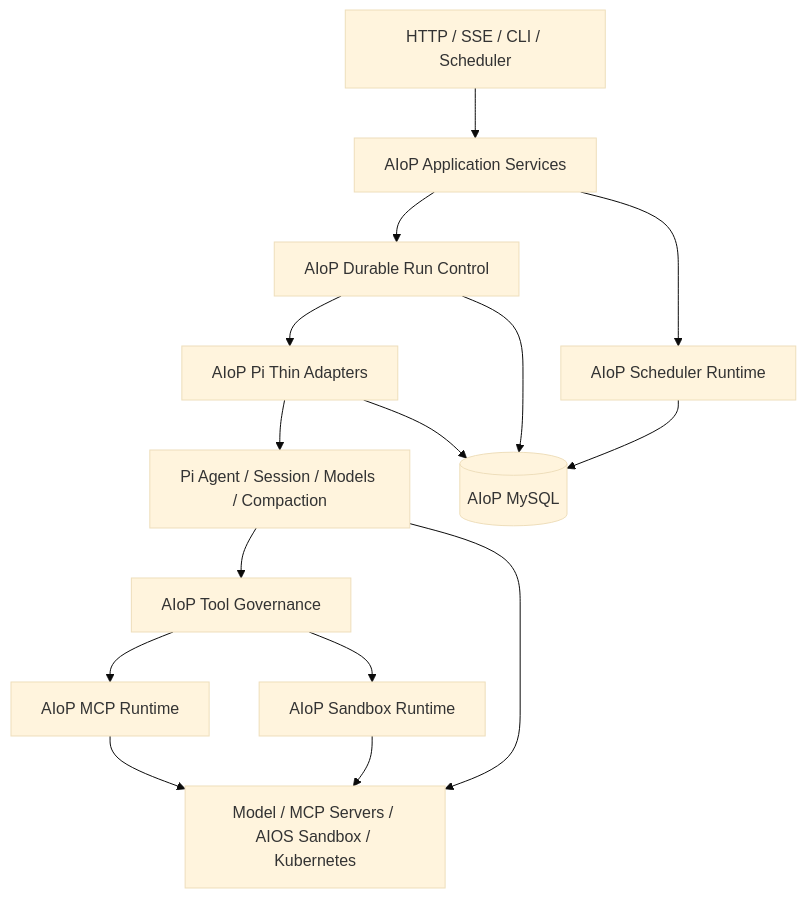
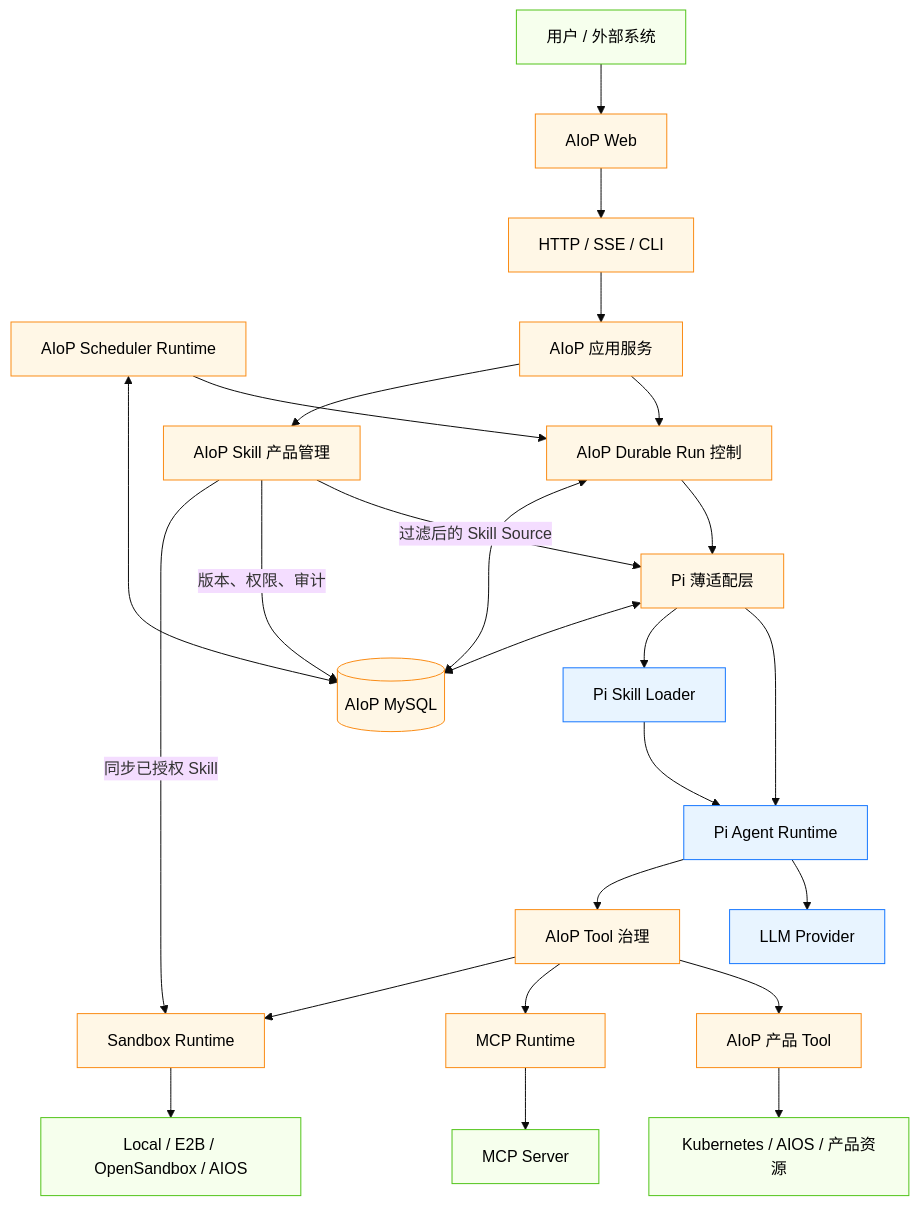
Before and after one commit to Wpxknight/agentdemo: the second of 2 diagrams in docs/design/01-system-overview.md, drawn with Mermaid (base theme). The commit also changed other lines of this file and 17 other files, not shown here.

````diff
--- a/docs/design/01-system-overview.md
+++ b/docs/design/01-system-overview.md
@@ -29,28 +135,54 @@
 ```mermaid
 flowchart TB
-  Entry[HTTP / SSE / CLI / Scheduler]
-  App[AIoP Application Services]
-  Durable[AIoP Durable Run Control]
-  PiAdapter[AIoP Pi Thin Adapters]
-  Pi[Pi Agent / Session / Models / Compaction]
-  Gov[AIoP Tool Governance]
-  MCP[AIoP MCP Runtime]
-  Sandbox[AIoP Sandbox Runtime]
-  Scheduler[AIoP Scheduler Runtime]
-  Store[(AIoP MySQL)]
-  External[Model / MCP Servers / AIOS Sandbox / Kubernetes]
+    User["用户 / 外部系统"]
+    Web["AIoP Web"]
+    Entry["HTTP / SSE / CLI"]
+    Scheduler["AIoP Scheduler Runtime"]
+    App["AIoP 应用服务"]
+    Run["AIoP Durable Run 控制"]
+    PiAdapter["Pi 薄适配层"]
+    Pi["Pi Agent Runtime"]
+    Governance["AIoP Tool 治理"]
+    ProductTools["AIoP 产品 Tool"]
+    Skill["AIoP Skill 产品管理"]
+    PiSkill["Pi Skill Loader"]
+    MCP["MCP Runtime"]
+    Sandbox["Sandbox Runtime"]
+    Store[("AIoP MySQL")]
+    Model["LLM Provider"]
+    ProductBackend["Kubernetes / AIOS / 产品资源"]
+    MCPServer["MCP Server"]
+    SandboxProvider["Local / E2B / OpenSandbox / AIOS"]
 
-  Entry --> App
-  App --> Durable
-  App --> Scheduler
-  Durable --> PiAdapter --> Pi
-  Pi --> Gov
-  Gov --> MCP
-  Gov --> Sandbox
-  Durable --> Store
-  Scheduler --> Store
-  PiAdapter --> Store
-  Pi --> External
-  MCP --> External
-  Sandbox --> External
+    User --> Web
+    Web --> Entry
+    Entry --> App
+    Scheduler --> Run
+    App --> Run
+    App --> Skill
+    Run --> PiAdapter
+    PiAdapter --> Pi
+    Pi --> Model
+    PiAdapter --> PiSkill
+    Skill -->|"过滤后的 Skill Source"| PiAdapter
+    PiSkill --> Pi
+    Skill -->|"版本、权限、审计"| Store
+    Skill -->|"同步已授权 Skill"| Sandbox
+    Pi --> Governance
+    Governance --> ProductTools
+    Governance --> MCP
+    Governance --> Sandbox
+    ProductTools --> ProductBackend
+    MCP --> MCPServer
+    Sandbox --> SandboxProvider
+    Run <--> Store
+    PiAdapter <--> Store
+    Scheduler <--> Store
+
+    classDef pi fill:#e8f4ff,stroke:#1677ff,color:#000;
+    classDef aiop fill:#fff7e6,stroke:#fa8c16,color:#000;
+    classDef external fill:#f6ffed,stroke:#52c41a,color:#000;
+    class Pi,PiSkill,Model pi;
+    class Web,Entry,Scheduler,App,Run,PiAdapter,Governance,ProductTools,Skill,MCP,Sandbox,Store aiop;
+    class User,ProductBackend,MCPServer,SandboxProvider external;
 ```
````
